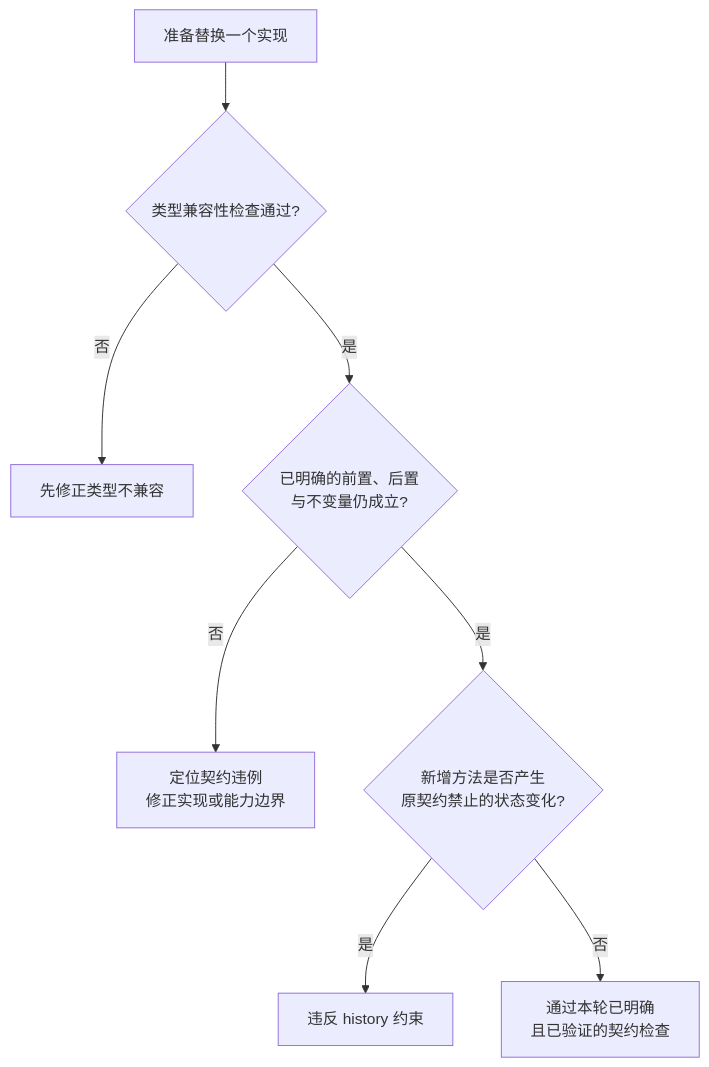
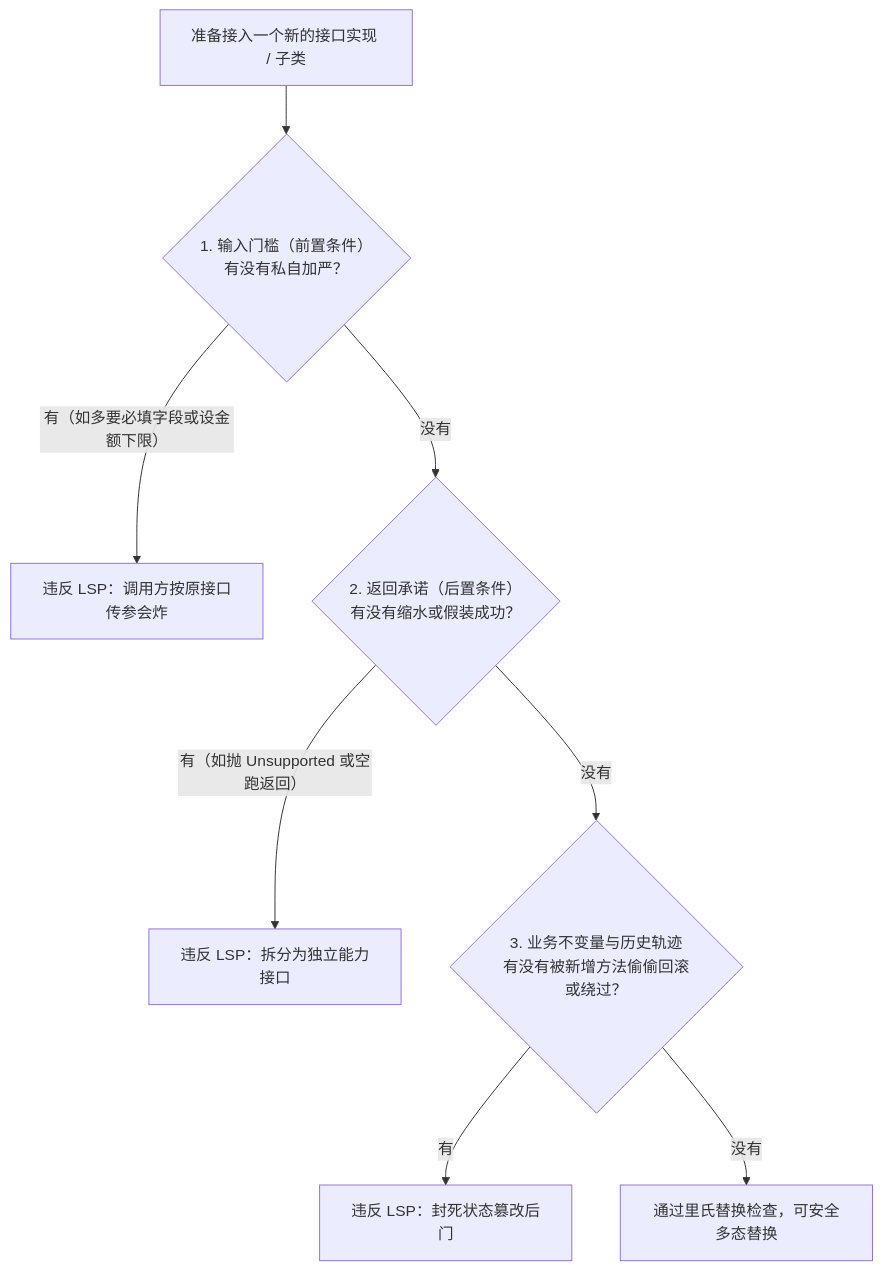
Before and after one commit to ffzz/blog: the second of 2 diagrams in src/content/notes/zh/liskov-what-the-signature-does-not-check.md, drawn with Mermaid. The commit also changed other lines of this file and 16 other files, not shown here.

````diff
--- a/src/content/notes/zh/liskov-what-the-signature-does-not-check.md
+++ b/src/content/notes/zh/liskov-what-the-signature-does-not-check.md
@@ -396,10 +328,10 @@
 ```mermaid
 flowchart TD
-    A["准备替换一个实现"] --> B{"类型兼容性检查通过?"}
-    B -- 否 --> C["先修正类型不兼容"]
-    B -- 是 --> D{"已明确的前置、后置<br/>与不变量仍成立?"}
-    D -- 否 --> E["定位契约违例<br/>修正实现或能力边界"]
-    D -- 是 --> F{"新增方法是否产生<br/>原契约禁止的状态变化?"}
-    F -- 是 --> G["违反 history 约束"]
-    F -- 否 --> H["通过本轮已明确<br/>且已验证的契约检查"]
+    Start["准备接入一个新的接口实现 / 子类"] --> Q1{"1. 输入门槛（前置条件）<br/>有没有私自加严？"}
+    Q1 -- "有（如多要必填字段或设金额下限）" --> Fail1["违反 LSP：调用方按原接口传参会炸"]
+    Q1 -- "没有" --> Q2{"2. 返回承诺（后置条件）<br/>有没有缩水或假装成功？"}
+    Q2 -- "有（如抛 Unsupported 或空跑返回）" --> Fail2["违反 LSP：拆分为独立能力接口"]
+    Q2 -- "没有" --> Q3{"3. 业务不变量与历史轨迹<br/>有没有被新增方法偷偷回滚或绕过？"}
+    Q3 -- "有" --> Fail3["违反 LSP：封死状态篡改后门"]
+    Q3 -- "没有" --> Pass["通过里氏替换检查，可安全多态替换"]
 ```
````
